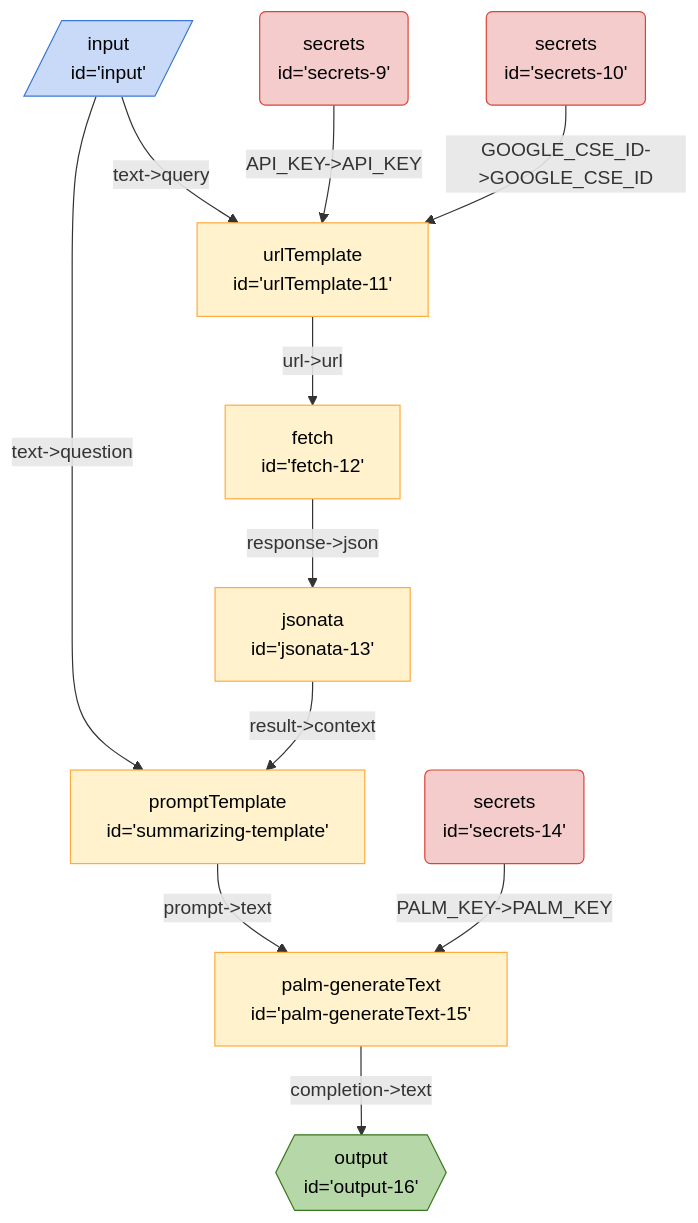
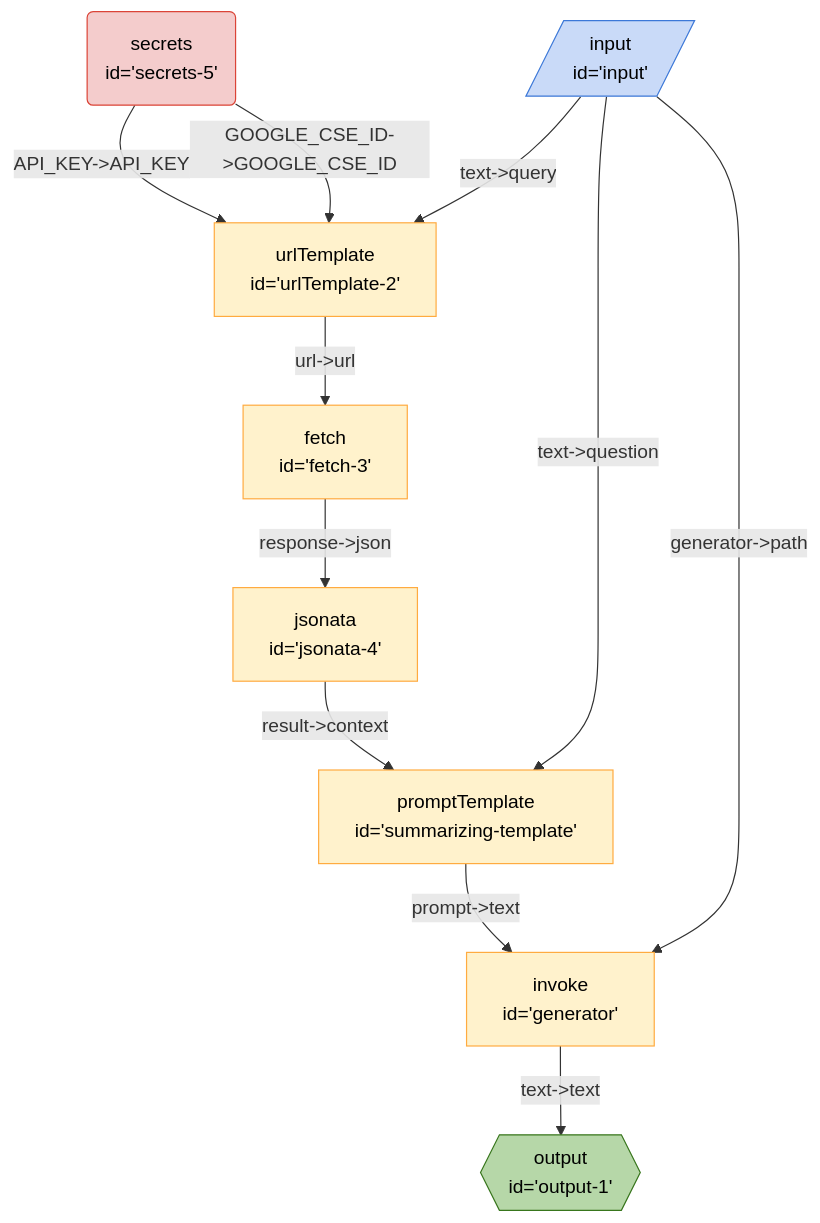
One commit to breadboard-ai/breadboard changed the diagram in seeds/breadboard-web/docs/graphs/search-summarize.md. Above: the diagram before and after it, drawn with Mermaid. The commit also changed 10 other files, not shown here.

````diff
--- a/seeds/breadboard-web/docs/graphs/search-summarize.md
+++ b/seeds/breadboard-web/docs/graphs/search-summarize.md
@@ -3,22 +3,22 @@
 ```mermaid
 %%{init: 'themeVariables': { 'fontFamily': 'Fira Code, monospace' }}%%
 graph TD;
-palmgenerateText15["palm-generateText <br> id='palm-generateText-15'"] -- "completion->text" --> output16{{"output <br> id='output-16'"}}:::output
-summarizingtemplate["promptTemplate <br> id='summarizing-template'"] -- "prompt->text" --> palmgenerateText15["palm-generateText <br> id='palm-generateText-15'"]
-secrets14("secrets <br> id='secrets-14'"):::secrets -- "PALM_KEY->PALM_KEY" --> palmgenerateText15["palm-generateText <br> id='palm-generateText-15'"]
-input[/"input <br> id='input'"/]:::input -- "text->query" --> urlTemplate11["urlTemplate <br> id='urlTemplate-11'"]
+generator["invoke <br> id='generator'"] -- "text->text" --> output1{{"output <br> id='output-1'"}}:::output
+summarizingtemplate["promptTemplate <br> id='summarizing-template'"] -- "prompt->text" --> generator["invoke <br> id='generator'"]
+jsonata4["jsonata <br> id='jsonata-4'"] -- "result->context" --> summarizingtemplate["promptTemplate <br> id='summarizing-template'"]
+fetch3["fetch <br> id='fetch-3'"] -- "response->json" --> jsonata4["jsonata <br> id='jsonata-4'"]
+urlTemplate2["urlTemplate <br> id='urlTemplate-2'"] -- "url->url" --> fetch3["fetch <br> id='fetch-3'"]
+secrets5("secrets <br> id='secrets-5'"):::secrets -- "API_KEY->API_KEY" --> urlTemplate2["urlTemplate <br> id='urlTemplate-2'"]
+secrets5("secrets <br> id='secrets-5'"):::secrets -- "GOOGLE_CSE_ID->GOOGLE_CSE_ID" --> urlTemplate2["urlTemplate <br> id='urlTemplate-2'"]
+input[/"input <br> id='input'"/]:::input -- "generator->path" --> generator["invoke <br> id='generator'"]
 input[/"input <br> id='input'"/]:::input -- "text->question" --> summarizingtemplate["promptTemplate <br> id='summarizing-template'"]
-jsonata13["jsonata <br> id='jsonata-13'"] -- "result->context" --> summarizingtemplate["promptTemplate <br> id='summarizing-template'"]
-urlTemplate11["urlTemplate <br> id='urlTemplate-11'"] -- "url->url" --> fetch12["fetch <br> id='fetch-12'"]
-fetch12["fetch <br> id='fetch-12'"] -- "response->json" --> jsonata13["jsonata <br> id='jsonata-13'"]
-secrets9("secrets <br> id='secrets-9'"):::secrets -- "API_KEY->API_KEY" --> urlTemplate11["urlTemplate <br> id='urlTemplate-11'"]
-secrets10("secrets <br> id='secrets-10'"):::secrets -- "GOOGLE_CSE_ID->GOOGLE_CSE_ID" --> urlTemplate11["urlTemplate <br> id='urlTemplate-11'"]
+input[/"input <br> id='input'"/]:::input -- "text->query" --> urlTemplate2["urlTemplate <br> id='urlTemplate-2'"]
 classDef default stroke:#ffab40,fill:#fff2ccff,color:#000
 classDef input stroke:#3c78d8,fill:#c9daf8ff,color:#000
 classDef output stroke:#38761d,fill:#b6d7a8ff,color:#000
 classDef passthrough stroke:#a64d79,fill:#ead1dcff,color:#000
 classDef slot stroke:#a64d79,fill:#ead1dcff,color:#000
 classDef config stroke:#a64d79,fill:#ead1dcff,color:#000
 classDef secrets stroke:#db4437,fill:#f4cccc,color:#000
 classDef slotted stroke:#a64d79
 ```
````
